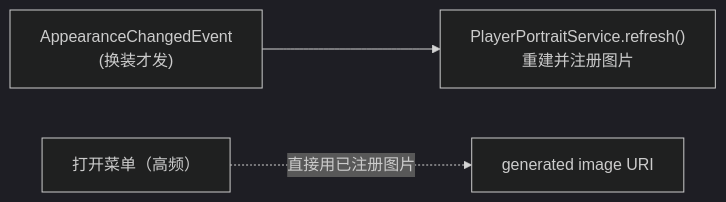
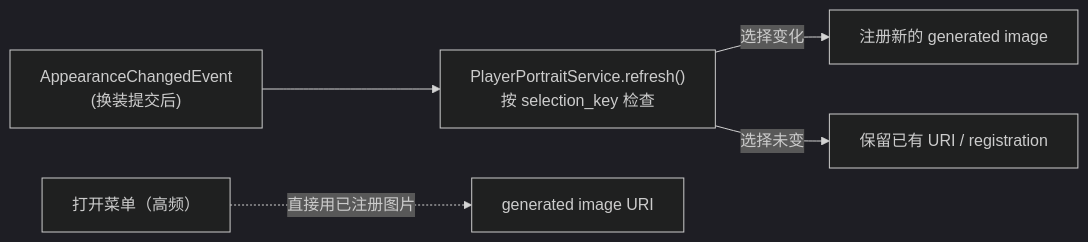
Before and after one commit to WispSnow/TinyFarmRPG: the fifth of 6 diagrams in lecture_plans/lectures/14-分层角色外观与头像.md, drawn with Mermaid (dark theme). The commit also changed other lines of this file and 17 other files, not shown here.

````diff
--- a/lecture_plans/lectures/14-分层角色外观与头像.md
+++ b/lecture_plans/lectures/14-分层角色外观与头像.md
@@ -173,5 +190,7 @@
 ```mermaid
 flowchart LR
-    CHANGE["AppearanceChangedEvent<br/>(换装才发)"] --> REFRESH["PlayerPortraitService.refresh()<br/>重建并注册图片"]
+    CHANGE["AppearanceChangedEvent<br/>(换装提交后)"] --> REFRESH["PlayerPortraitService.refresh()<br/>按 selection_key 检查"]
+    REFRESH -->|"选择变化"| REG["注册新的 generated image"]
+    REFRESH -->|"选择未变"| KEEP["保留已有 URI / registration"]
     OPEN["打开菜单（高频）"] -.->|"直接用已注册图片"| IMG["generated image URI"]
 ```
````
